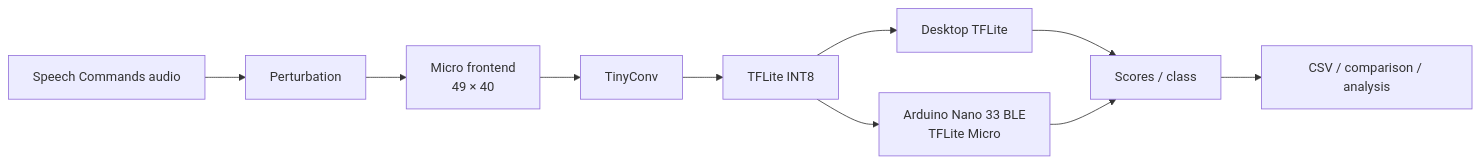
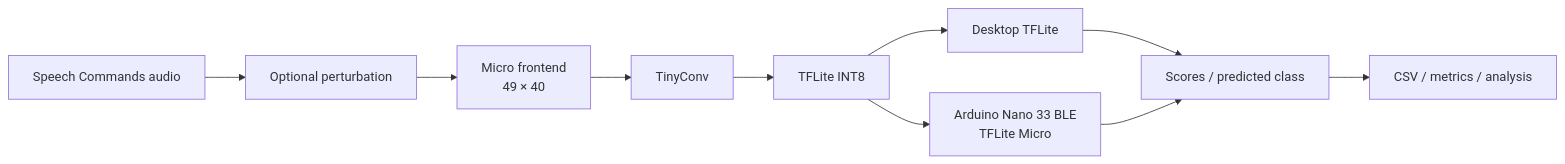
The diagram in README.md (Mickael235/FIATSAR-TinyML-Robustness), drawn with Mermaid before and after one commit. The commit also changed other lines of this file, not shown here.

````diff
--- a/README.md
+++ b/README.md
@@ -97,15 +99,12 @@
 ```mermaid
 flowchart LR
-    A[Speech Commands audio] --> B[Perturbation]
+    A[Speech Commands audio] --> B[Optional perturbation]
     B --> C[Micro frontend<br/>49 × 40]
     C --> D[TinyConv]
     D --> E[TFLite INT8]
-
     E --> F1[Desktop TFLite]
     E --> F2[Arduino Nano 33 BLE<br/>TFLite Micro]
-
-    F1 --> G[Scores / class]
+    F1 --> G[Scores / predicted class]
     F2 --> G
-
-    G --> H[CSV / comparison / analysis]
+    G --> H[CSV / metrics / analysis]
 ```
````
